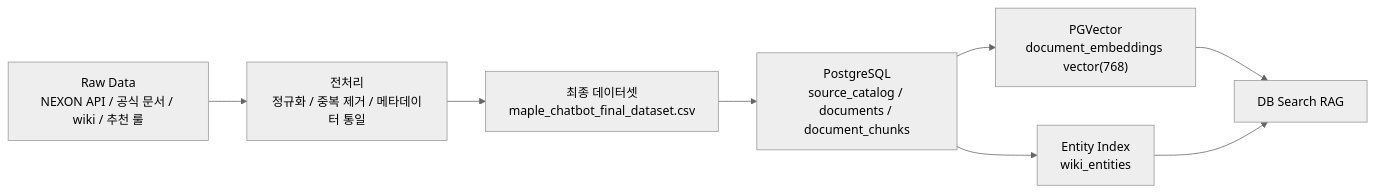
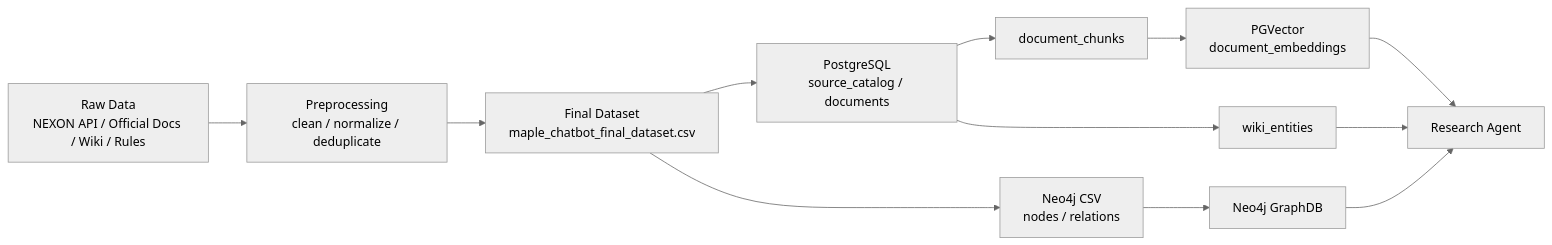
The first of 3 diagrams in README.md (SKNETWORKS-FAMILY-AICAMP/SKN27-3rd-1TEAM), drawn with Mermaid (neutral theme) before and after one commit. The commit also changed other lines of this file, not shown here.

````diff
--- a/README.md
+++ b/README.md
@@ -379,10 +222,14 @@
 ```mermaid
 flowchart LR
-    A["Raw Data<br/>NEXON API / 공식 문서 / wiki / 추천 룰"] --> B["전처리<br/>정규화 / 중복 제거 / 메타데이터 통일"]
-    B --> C["최종 데이터셋<br/>maple_chatbot_final_dataset.csv"]
-    C --> D["PostgreSQL<br/>source_catalog / documents / document_chunks"]
-    D --> E["PGVector<br/>document_embeddings vector(768)"]
-    D --> F["Entity Index<br/>wiki_entities"]
-    E --> G["DB Search RAG"]
-    F --> G
+    A["Raw Data<br/>NEXON API / Official Docs / Wiki / Rules"] --> B["Preprocessing<br/>clean / normalize / deduplicate"]
+    B --> C["Final Dataset<br/>maple_chatbot_final_dataset.csv"]
+    C --> D["PostgreSQL<br/>source_catalog / documents"]
+    D --> E["document_chunks"]
+    E --> F["PGVector<br/>document_embeddings"]
+    D --> G["wiki_entities"]
+    C --> H["Neo4j CSV<br/>nodes / relations"]
+    H --> I["Neo4j GraphDB"]
+    F --> J["Research Agent"]
+    G --> J
+    I --> J
 ```
````
